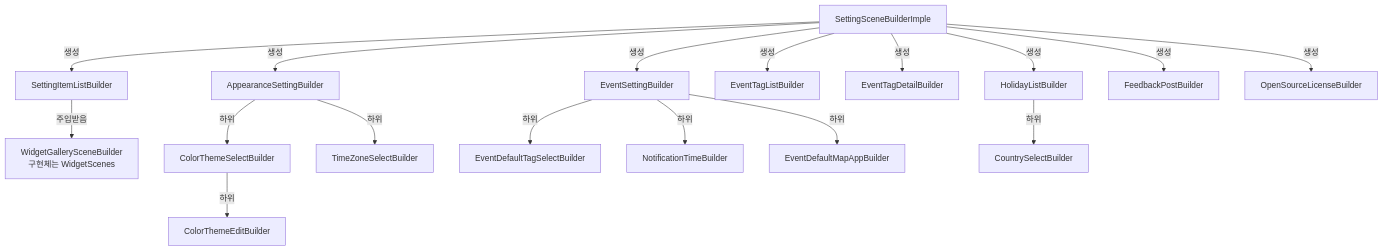
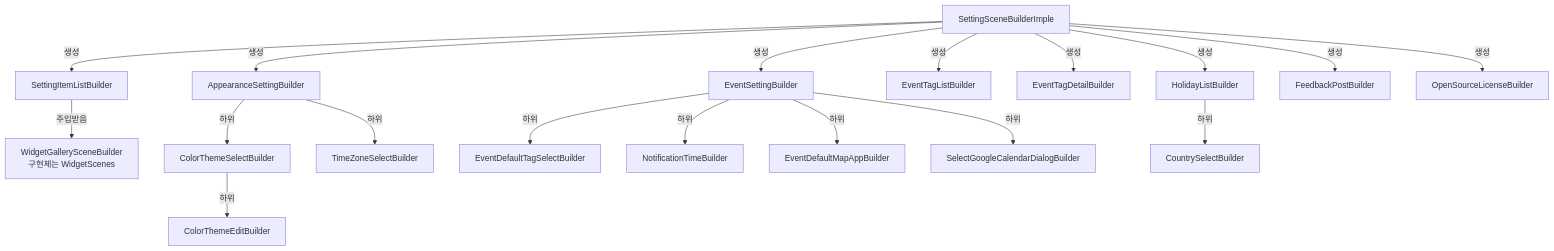
The fifth of 5 diagrams in Presentations/SettingScene/CLAUDE.md (sudopark/TodoCalendar), drawn with Mermaid before and after one commit. The commit also changed other lines of this file and 5 other files, not shown here.

````diff
--- a/Presentations/SettingScene/CLAUDE.md
+++ b/Presentations/SettingScene/CLAUDE.md
@@ -155,22 +157,23 @@
 ```mermaid
 graph TD
     SSB[SettingSceneBuilderImple] -->|생성| SIL[SettingItemListBuilder]
     SIL -->|주입받음| WGB[WidgetGallerySceneBuilder<br/>구현체는 WidgetScenes]
     SSB -->|생성| ASB[AppearanceSettingBuilder]
     SSB -->|생성| ESB[EventSettingBuilder]
     SSB -->|생성| ETLB[EventTagListBuilder]
     SSB -->|생성| ETDB[EventTagDetailBuilder]
     SSB -->|생성| HLB[HolidayListBuilder]
     SSB -->|생성| FPB[FeedbackPostBuilder]
     SSB -->|생성| OSLB[OpenSourceLicenseBuilder]
 
     ASB -->|하위| CTB[ColorThemeSelectBuilder]
     CTB -->|하위| CTEB[ColorThemeEditBuilder]
     ASB -->|하위| TZB[TimeZoneSelectBuilder]
 
     ESB -->|하위| ETSB[EventDefaultTagSelectBuilder]
     ESB -->|하위| ENTB[NotificationTimeBuilder]
     ESB -->|하위| EMAB[EventDefaultMapAppBuilder]
+    ESB -->|하위| SGCB[SelectGoogleCalendarDialogBuilder]
 
     HLB -->|하위| CSB[CountrySelectBuilder]
 ```
````
